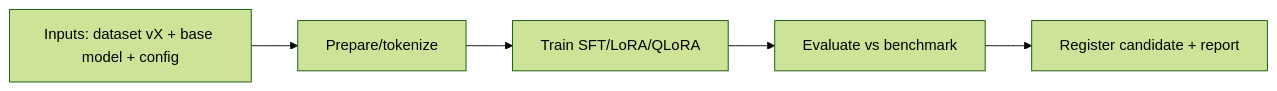
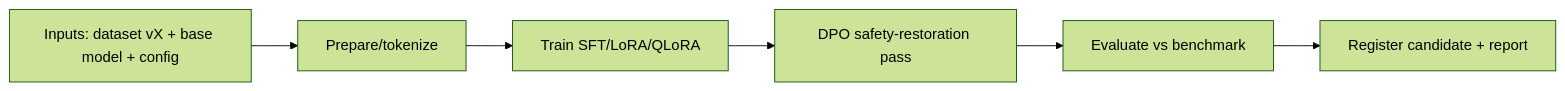
One commit to AmanuelFeyissa/dula changed the diagram in docs/09-MLOps/TrainingPipelines.md. Above: the diagram before and after it, drawn with Mermaid (forest theme). The commit also changed other lines of this file and 15 other files, not shown here.

First line of the commit message:
feat(ml): third Dula AI candidate — Qwen2.5-7B QLoRA + DPO safety-restoration

````diff
--- a/docs/09-MLOps/TrainingPipelines.md
+++ b/docs/09-MLOps/TrainingPipelines.md
@@ -36,7 +39,8 @@
 ```mermaid
 flowchart LR
     IN[Inputs: dataset vX + base model + config] --> PREP[Prepare/tokenize]
     PREP --> TRAIN[Train SFT/LoRA/QLoRA]
-    TRAIN --> EVAL[Evaluate vs benchmark]
+    TRAIN --> DPO[DPO safety-restoration pass]
+    DPO --> EVAL[Evaluate vs benchmark]
     EVAL --> REG[Register candidate + report]
 ```
````
